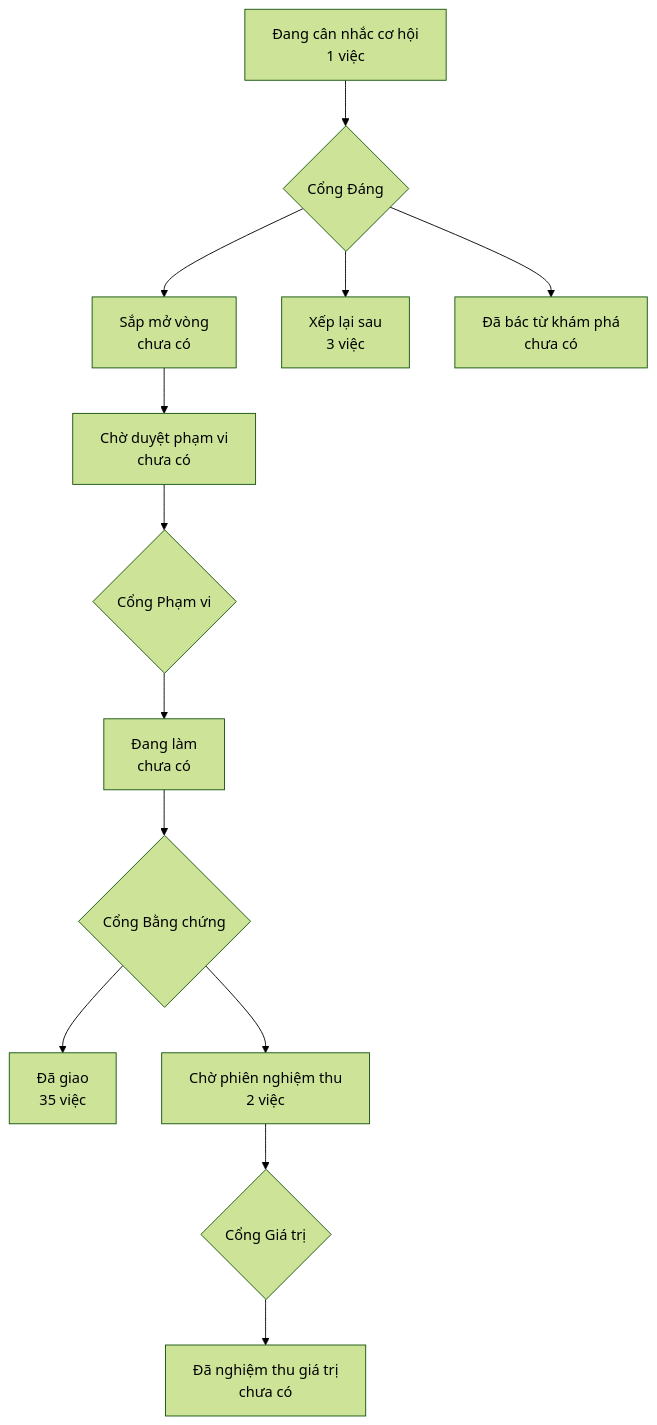
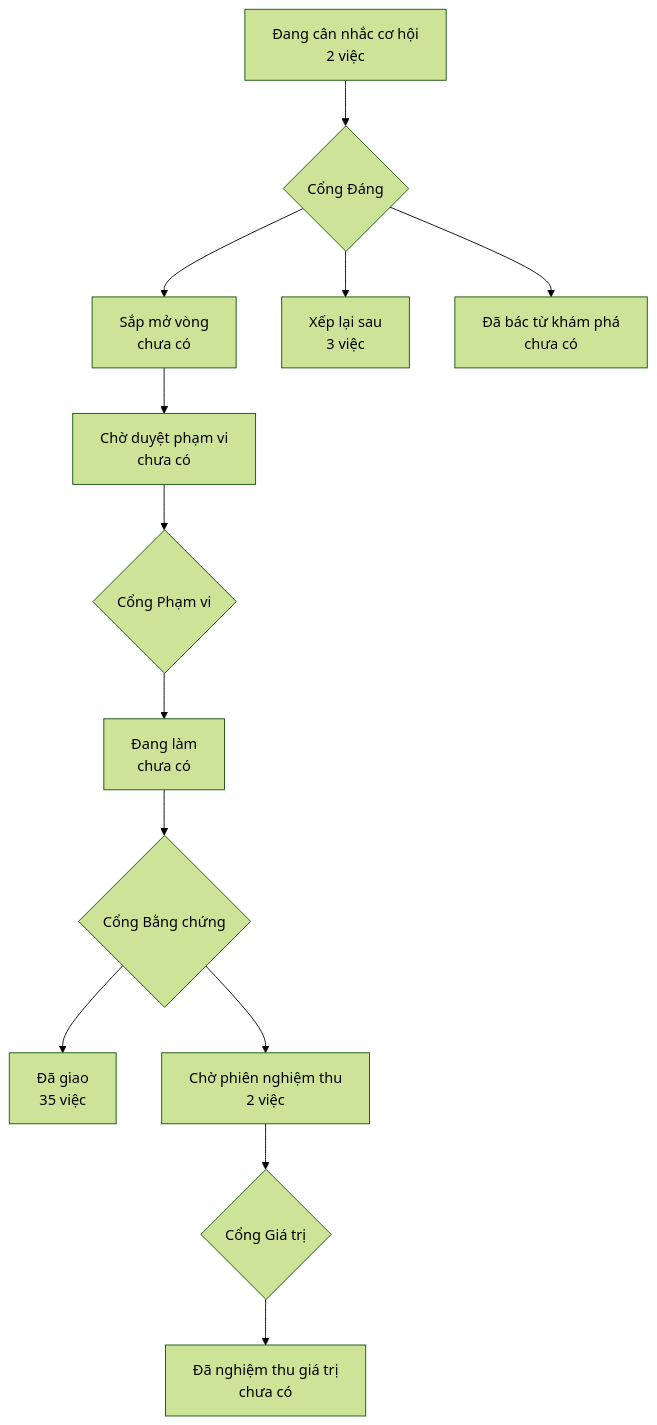
One commit to phanlemanh/OneFlow changed the diagram in PRODUCT-MAP.md. Above: the diagram before and after it, drawn with Mermaid (forest theme). The commit also changed other lines of this file and 1 other file, not shown here.

Commit message:
chore(acceptance): ghi no bo ban do hai thuoc + sua tay hai dong ban do
Owner quyet 07/09, mot chu: «Giu». Ban do GIU hinh dang cu; ban do moi do bo
ve cua kit sinh ra lam cong do bon cho, va sua bo kiem la viec rieng.

O co hoi moi ghi ca hai mon no:
- bo ve (ngoai kho, tu troi) va bo kiem (chep vao kho, dung yen) bat dong 5 cho;
- cho thu 5 khong phai bat dong ma la MU: bo kiem khong doc uat-session.md, nen
  no van noi ban do khop trong khi ban do chua ghi chu ky vua dat xuong.

PRODUCT-MAP.md sua TAY dung hai dong (so o nut mermaid 1->2, them mot muc vao
khoi liet ke) de bo kiem xanh tro lai sau khi them ho so moi. Viec sua tay mot
view may sinh la dieu kit von cam — lam co chu y, ghi vao o co hoi chu khong
lam lang.

````diff
--- a/PRODUCT-MAP.md
+++ b/PRODUCT-MAP.md
@@ -6,12 +6,12 @@
 ```mermaid
 flowchart TD
-  A["Đang cân nhắc cơ hội<br/>1 việc"] --> GD{"Cổng Đáng"}
+  A["Đang cân nhắc cơ hội<br/>2 việc"] --> GD{"Cổng Đáng"}
   GD --> B["Sắp mở vòng<br/>chưa có"]
   GD --> XL["Xếp lại sau<br/>3 việc"]
   GD --> DB["Đã bác từ khám phá<br/>chưa có"]
   B --> CD["Chờ duyệt phạm vi<br/>chưa có"] --> GP{"Cổng Phạm vi"}
   GP --> DL["Đang làm<br/>chưa có"] --> GB{"Cổng Bằng chứng"}
   GB --> DG["Đã giao<br/>35 việc"]
   GB --> CN["Chờ phiên nghiệm thu<br/>2 việc"] --> GG{"Cổng Giá trị"}
   GG --> NT["Đã nghiệm thu giá trị<br/>chưa có"]
 ```
````
